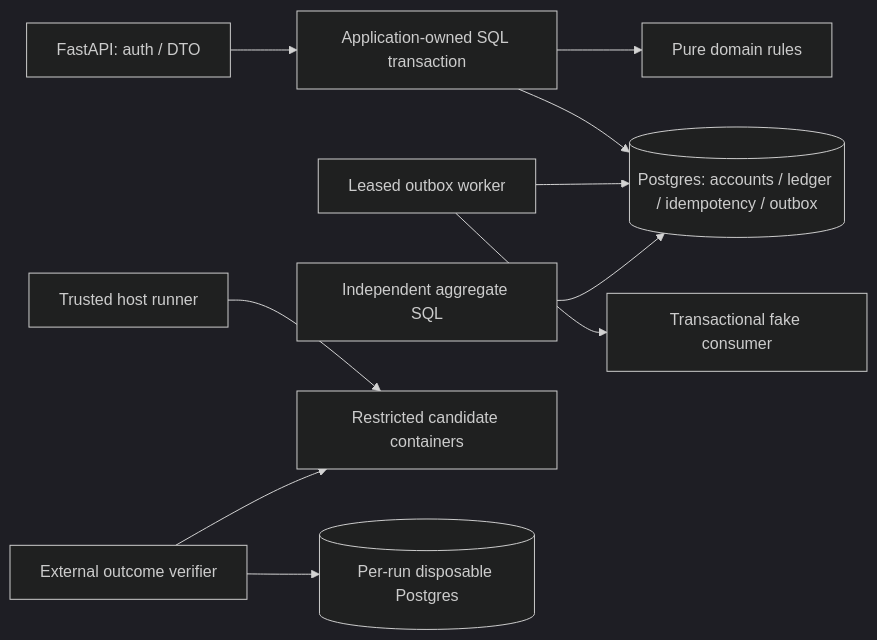
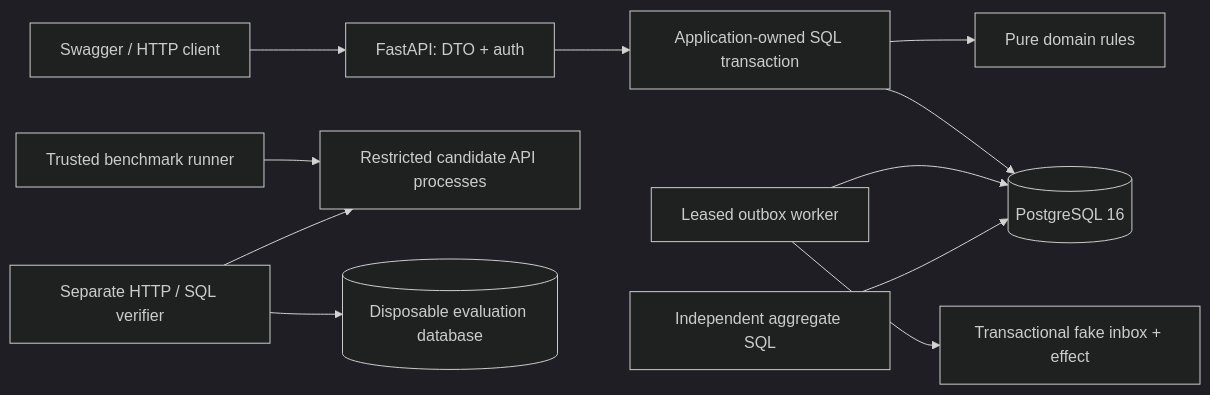
The diagram in README.md (james1507/banking-rl-engineering-benchmark), drawn with Mermaid (dark theme) before and after one commit. The commit also changed other lines of this file and 27 other files, not shown here.

````diff
--- a/README.md
+++ b/README.md
@@ -60,12 +167,13 @@
 ```mermaid
 flowchart LR
-  API[FastAPI: auth / DTO] --> Service[Application-owned SQL transaction]
+  Client[Swagger / HTTP client] --> API[FastAPI: DTO + auth]
+  API --> Service[Application-owned SQL transaction]
   Service --> Rules[Pure domain rules]
-  Service --> PG[(Postgres: accounts / ledger / idempotency / outbox)]
+  Service --> PG[(PostgreSQL 16)]
   Worker[Leased outbox worker] --> PG
-  Worker --> Fake[Transactional fake consumer]
+  Worker --> Fake[Transactional fake inbox + effect]
   Reconcile[Independent aggregate SQL] --> PG
-  Runner[Trusted host runner] --> Candidate[Restricted candidate containers]
-  Verifier[External outcome verifier] --> Candidate
-  Verifier --> Fresh[(Per-run disposable Postgres)]
+  Runner[Trusted benchmark runner] --> Candidate[Restricted candidate API processes]
+  Verifier[Separate HTTP / SQL verifier] --> Candidate
+  Verifier --> Fresh[(Disposable evaluation database)]
 ```
````
